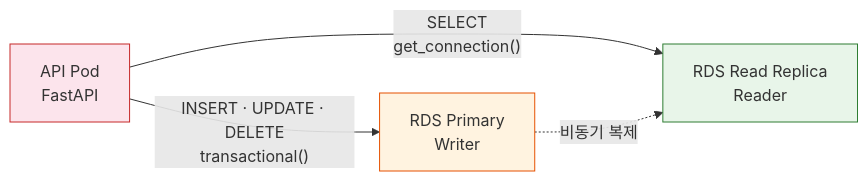
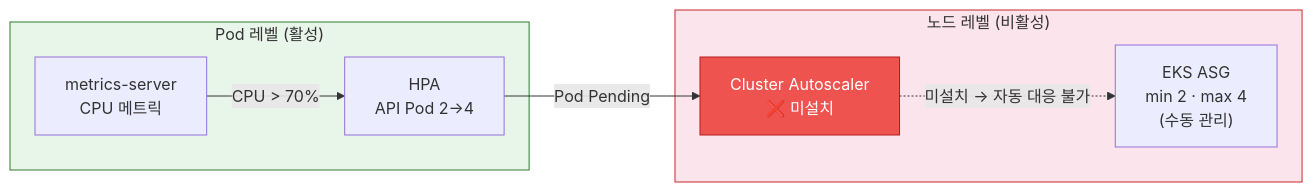
Diagram 13 of 17 in report.md (80-hours-a-week/2-cho-community-infra), drawn with Mermaid before and after one commit. The commit also changed other lines of this file and 1 other file, not shown here.

First line of the commit message:
docs: README.md 및 report.md를 현재 EKS Prod 인프라에 맞게 갱신

````diff
--- a/report.md
+++ b/report.md
@@ -725,12 +663,20 @@
 ```mermaid
 flowchart LR
-    API["API Pod<br/>FastAPI"]
+    subgraph Pod_Level["Pod 레벨 (활성)"]
+        MetricsSrv["metrics-server<br/>CPU 메트릭"]
+        HPA["HPA<br/>API Pod 2→4"]
+    end
 
-    API -->|"INSERT · UPDATE · DELETE<br/>transactional()"| Primary["RDS Primary<br/>Writer"]
-    API -->|"SELECT<br/>get_connection()"| Replica["RDS Read Replica<br/>Reader"]
-    Primary -. "비동기 복제" .-> Replica
+    subgraph Node_Level["노드 레벨 (비활성)"]
+        ASG["EKS ASG<br/>min 2 · max 4<br/>(수동 관리)"]
+        CA["Cluster Autoscaler<br/>❌ 미설치"]
+    end
 
-    style API fill:#fce4ec,stroke:#c62828
-    style Primary fill:#fff3e0,stroke:#e65100
-    style Replica fill:#e8f5e9,stroke:#2e7d32
+    MetricsSrv -->|"CPU > 70%"| HPA
+    HPA -->|"Pod Pending"| CA
+    CA -.->|"미설치 → 자동 대응 불가"| ASG
+
+    style Pod_Level fill:#e8f5e9,stroke:#2e7d32
+    style Node_Level fill:#fce4ec,stroke:#c62828
+    style CA fill:#ef5350,color:#fff,stroke:#b71c1c
 ```
````
